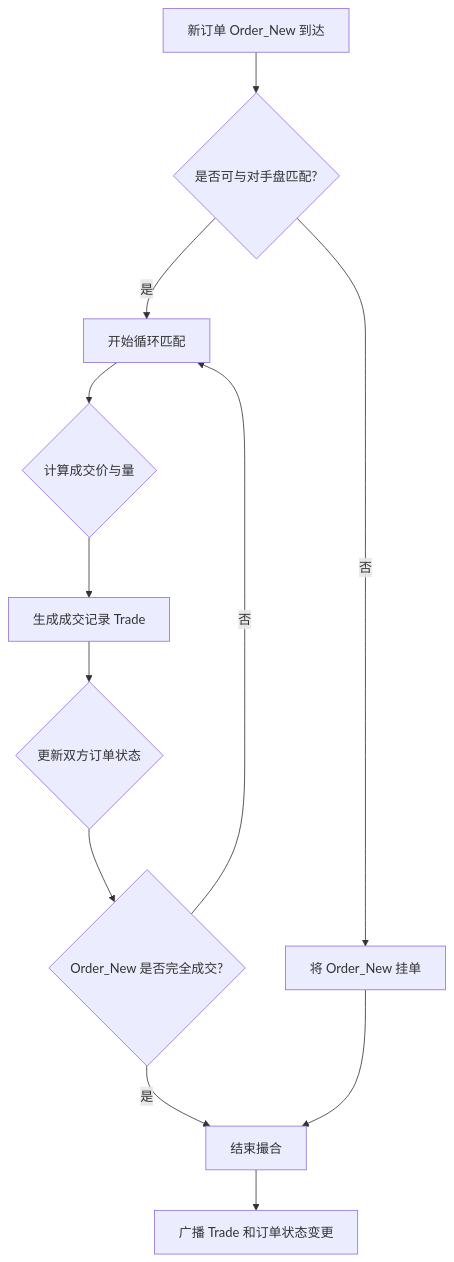
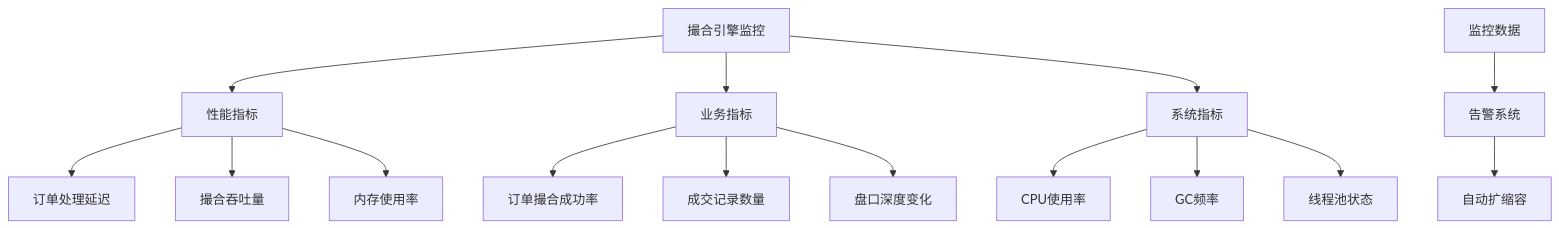
The fifth of 7 diagrams in doc/13.撮合引擎 (exchange) 源码剖析.md (kick-pixel/btc_eth_bizzan_contract_Exchange_ztuo_jiaoyisuo), drawn with Mermaid before and after one commit. The commit also changed other lines of this file and 27 other files, not shown here.

````diff
--- a/doc/13.撮合引擎 (exchange) 源码剖析.md
+++ b/doc/13.撮合引擎 (exchange) 源码剖析.md
@@ -164,14 +524,21 @@
 ```mermaid
-flowchart TD
-    A[新订单 Order_New 到达] --> B{是否可与对手盘匹配?};
-    B -- 是 --> C[开始循环匹配];
-    C --> D{计算成交价与量};
-    D --> E[生成成交记录 Trade];
-    E --> F{更新双方订单状态};
-    F --> G{Order_New 是否完全成交?};
-    G -- 否 --> C;
-    G -- 是 --> H[结束撮合];
-    B -- 否 --> I[将 Order_New 挂单];
-    I --> H;
-    H --> J[广播 Trade 和订单状态变更];
+graph TD
+    A[撮合引擎监控] --> B[性能指标]
+    A --> C[业务指标]
+    A --> D[系统指标]
+
+    B --> B1[订单处理延迟]
+    B --> B2[撮合吞吐量]
+    B --> B3[内存使用率]
+
+    C --> C1[订单撮合成功率]
+    C --> C2[成交记录数量]
+    C --> C3[盘口深度变化]
+
+    D --> D1[CPU使用率]
+    D --> D2[GC频率]
+    D --> D3[线程池状态]
+
+    E[监控数据] --> F[告警系统]
+    F --> G[自动扩缩容]
 ```
````
